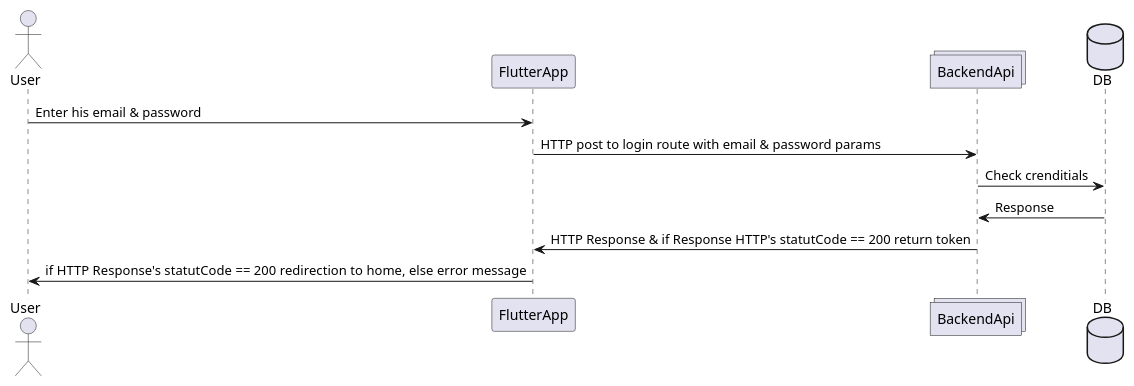
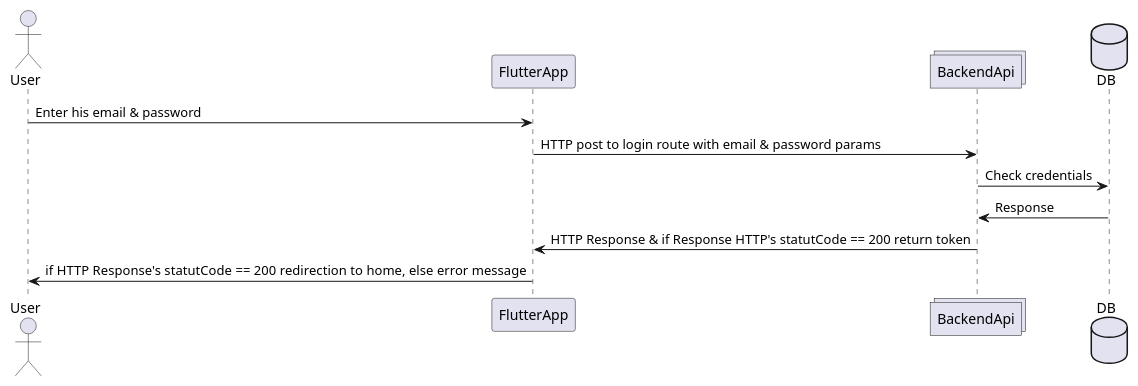
The diagram in conception/diagrams/sequencies/authentication_login.puml (Eco-Gest/Frontend-Flutter), drawn with PlantUML before and after one commit. The commit also changed 1 other file, not shown here.

Commit message:
fix typo on auth login sequency diagram

```diff
--- a/conception/diagrams/sequencies/authentication_login.puml
+++ b/conception/diagrams/sequencies/authentication_login.puml
@@ -1,15 +1,15 @@
 @startuml
 
 actor       User       as u
 participant    FlutterApp    as fa
 collections     BackendApi     as ba
 database      DB      as db
 
 u -> fa : Enter his email & password 
 fa -> ba : HTTP post to login route with email & password params
-ba -> db : Check crenditials
+ba -> db : Check credentials
 db -> ba : Response  
 ba -> fa : HTTP Response & if Response HTTP's statutCode == 200 return token 
 fa-> u : if HTTP Response's statutCode == 200  redirection to home, else error message 
 
 @enduml
```
